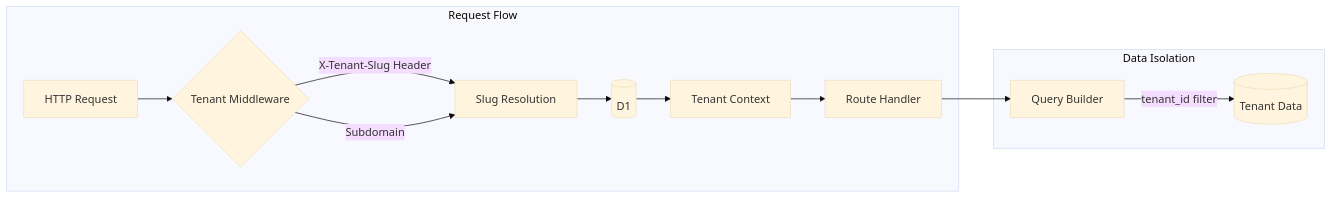
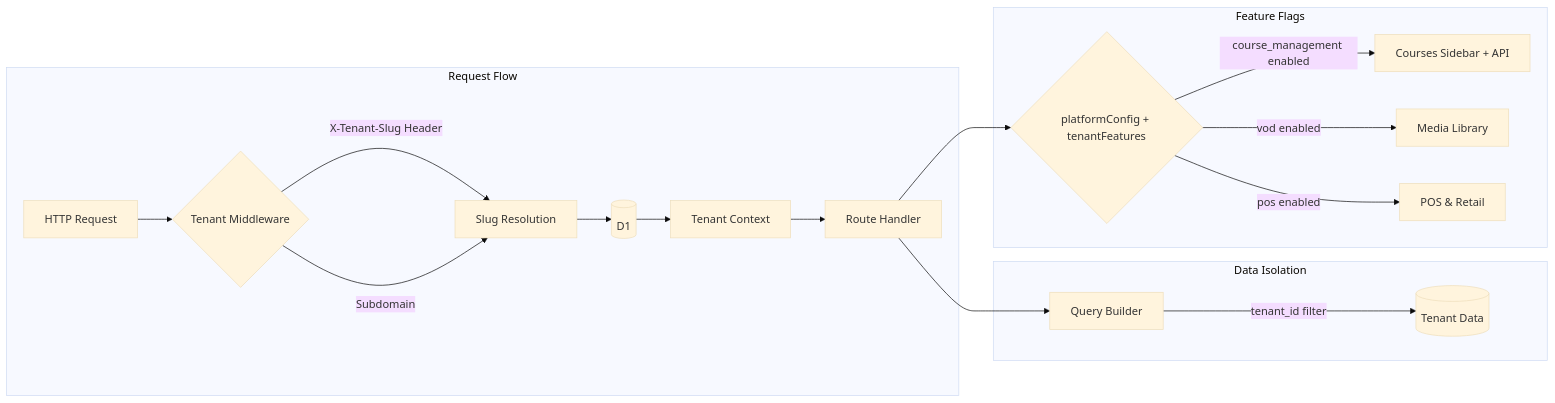
Before and after one commit to slichti/studio-platform-dev: the second of 2 diagrams in README.md, drawn with Mermaid (base theme). The commit also changed other lines of this file and 5 other files, not shown here.

First line of the commit message:
feat(platform): add Course Management as enableable platform feature

````diff
--- a/README.md
+++ b/README.md
@@ -77,16 +78,23 @@
 ```mermaid
 flowchart LR
     subgraph "Request Flow"
         REQ[HTTP Request] --> MW{Tenant Middleware}
         MW -->|X-Tenant-Slug Header| RESOLVE[Slug Resolution]
         MW -->|Subdomain| RESOLVE
         RESOLVE --> DB[(D1)]
         DB --> CTX[Tenant Context]
         CTX --> HANDLER[Route Handler]
     end
 
     subgraph "Data Isolation"
         HANDLER --> QUERY[Query Builder]
         QUERY -->|tenant_id filter| DATA[(Tenant Data)]
     end
+
+    subgraph "Feature Flags"
+        HANDLER --> FLAGS{platformConfig + tenantFeatures}
+        FLAGS -->|course_management enabled| COURSES[Courses Sidebar + API]
+        FLAGS -->|vod enabled| VOD[Media Library]
+        FLAGS -->|pos enabled| POS[POS & Retail]
+    end
 ```
````
